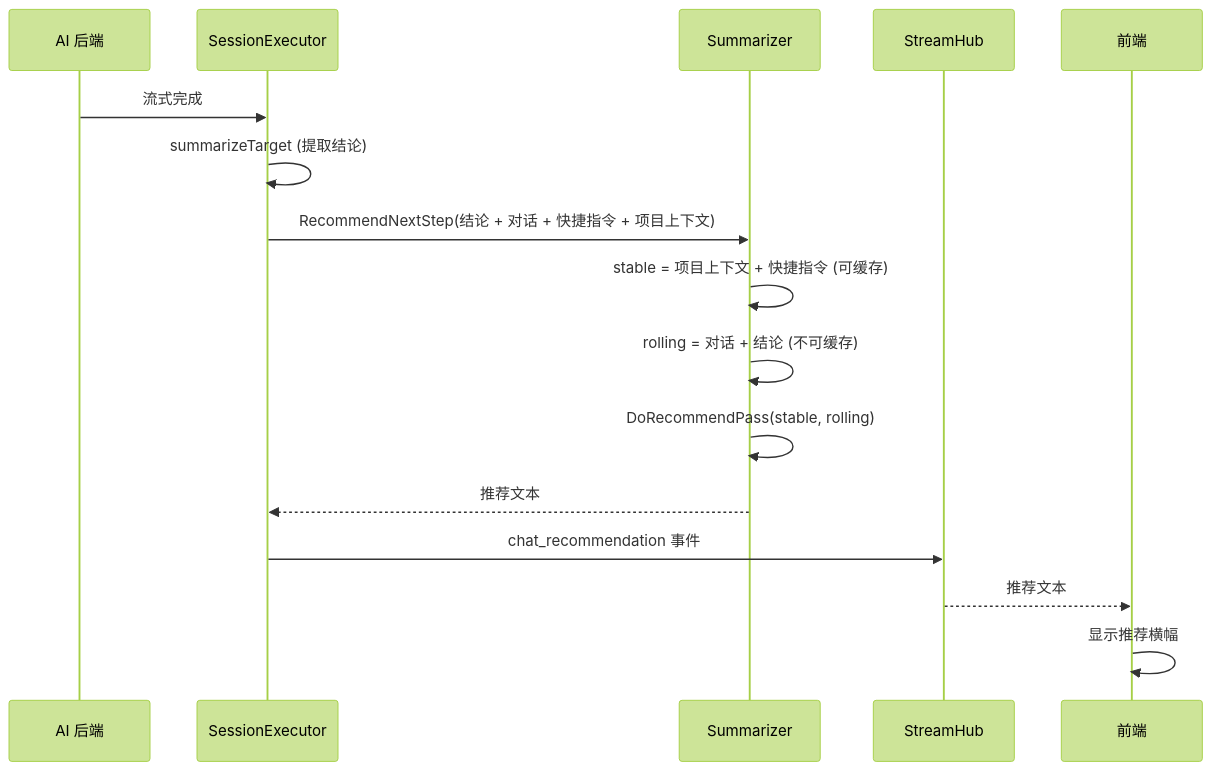
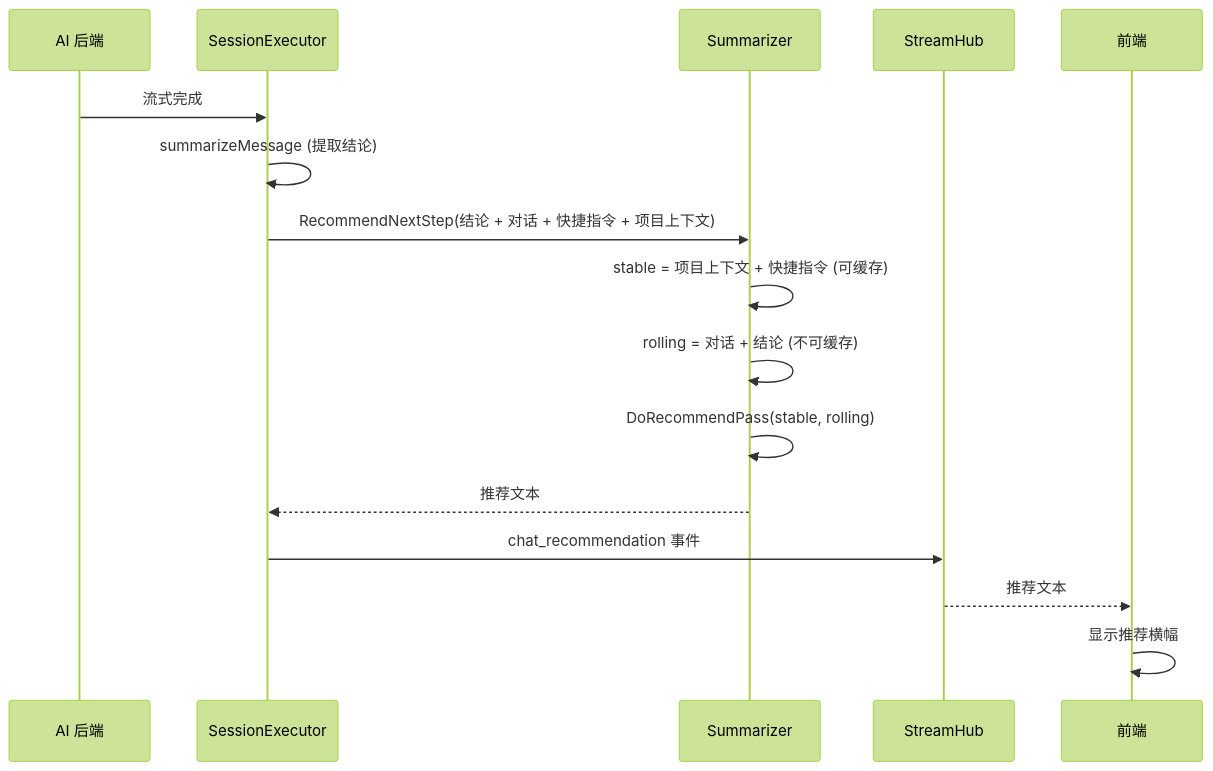
One commit to 0REZ/clawbench changed the first of 2 diagrams in docs/spec/features/chat-recommendation.md. Above: the diagram before and after it, drawn with Mermaid (forest theme). The commit also changed other lines of this file and 290 other files, not shown here.

````diff
--- a/docs/spec/features/chat-recommendation.md
+++ b/docs/spec/features/chat-recommendation.md
@@ -9,19 +9,19 @@
 ```mermaid
 sequenceDiagram
     participant AI as AI 后端
     participant SE as SessionExecutor
     participant Sum as Summarizer
     participant WS as StreamHub
     participant 前端
 
     AI->>SE: 流式完成
-    SE->>SE: summarizeTarget (提取结论)
+    SE->>SE: summarizeMessage (提取结论)
     SE->>Sum: RecommendNextStep(结论 + 对话 + 快捷指令 + 项目上下文)
     Sum->>Sum: stable = 项目上下文 + 快捷指令 (可缓存)
     Sum->>Sum: rolling = 对话 + 结论 (不可缓存)
     Sum->>Sum: DoRecommendPass(stable, rolling)
     Sum-->>SE: 推荐文本
     SE->>WS: chat_recommendation 事件
     WS-->>前端: 推荐文本
     前端->>前端: 显示推荐横幅
 ```
````
